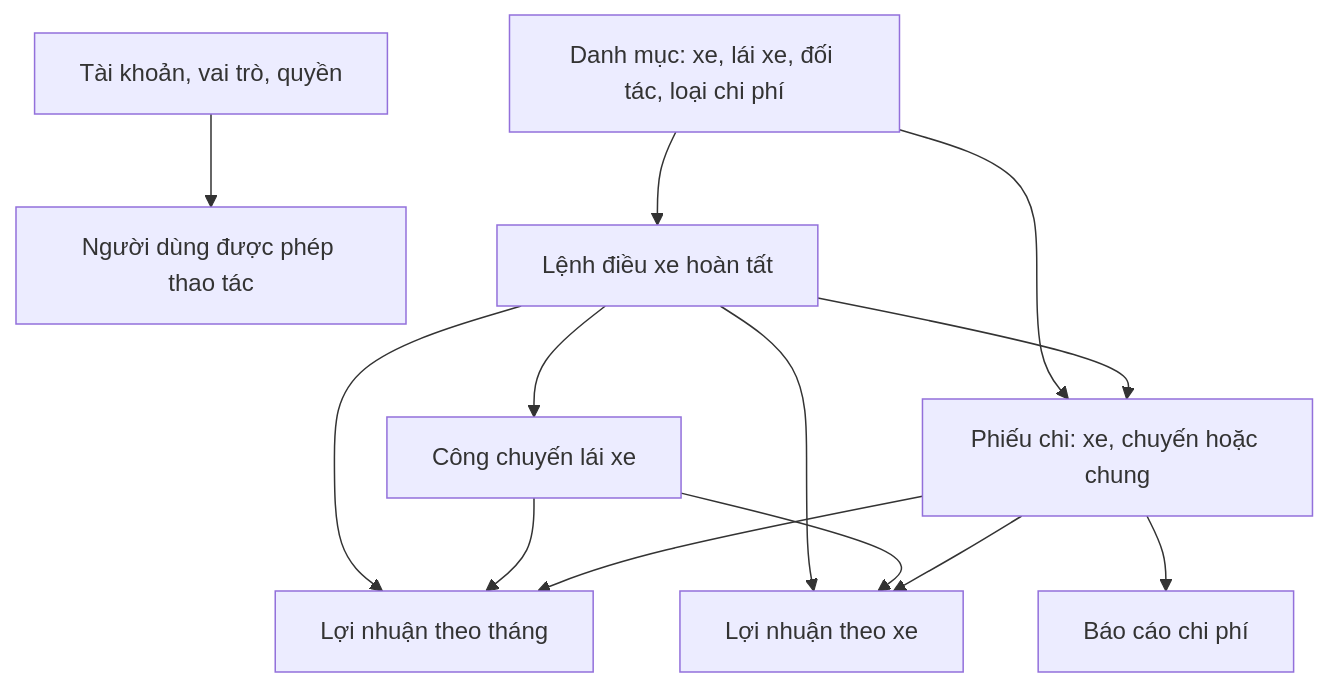
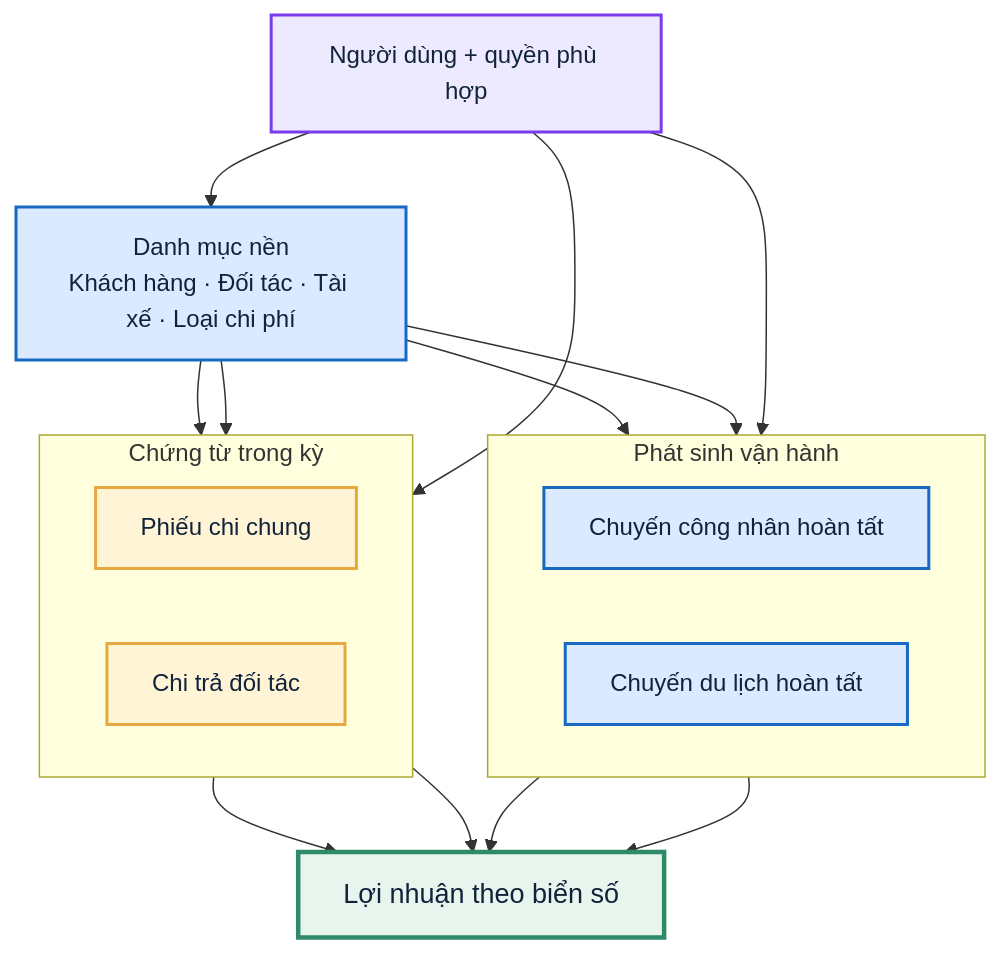
Before and after one commit to hieu92264/HALINHTRAVEL-API: the diagram in docs/training/nguyen-nhat-quang-so-tay-tu-hoc.md, drawn with Mermaid. The commit also changed other lines of this file and 27 other files, not shown here.

First line of the commit message:
Add Vehicle API tests and update schema assertions

````diff
--- a/docs/training/nguyen-nhat-quang-so-tay-tu-hoc.md
+++ b/docs/training/nguyen-nhat-quang-so-tay-tu-hoc.md
@@ -28,15 +9,40 @@
 ```mermaid
-flowchart TD
-    A[Tài khoản, vai trò, quyền] --> B[Người dùng được phép thao tác]
-    C[Danh mục: xe, lái xe, đối tác, loại chi phí] --> D[Lệnh điều xe hoàn tất]
-    D --> E[Công chuyến lái xe]
-    C --> F[Phiếu chi: xe, chuyến hoặc chung]
-    D --> F
-    F --> G[Báo cáo chi phí]
-    D --> H[Lợi nhuận theo tháng]
-    E --> H
-    F --> H
-    D --> I[Lợi nhuận theo xe]
-    E --> I
-    F --> I
+flowchart TB
+  P[Người dùng + quyền phù hợp]
+  A[Danh mục nền<br/>Khách hàng · Đối tác · Tài xế · Loại chi phí]
+
+  subgraph VH[Phát sinh vận hành]
+    direction LR
+    B1[Chuyến công nhân hoàn tất]
+    B2[Chuyến du lịch hoàn tất]
+  end
+
+  subgraph CT[Chứng từ trong kỳ]
+    direction LR
+    C[Phiếu chi chung]
+    D[Chi trả đối tác]
+  end
+
+  E[Lợi nhuận theo biển số]
+
+  P --> A
+  P --> VH
+  P --> CT
+  A --> B1
+  A --> B2
+  A --> C
+  A --> D
+  B1 --> E
+  B2 --> E
+  C --> E
+  D --> E
+
+  classDef access fill:#EDE9FE,stroke:#7C3AED,color:#10233B,stroke-width:2px,font-size:16px;
+  classDef source fill:#DBEAFE,stroke:#1769C2,color:#10233B,stroke-width:2px,font-size:16px;
+  classDef document fill:#FFF4D6,stroke:#E6A93D,color:#10233B,stroke-width:2px,font-size:16px;
+  classDef result fill:#E8F5EE,stroke:#2F8A68,color:#10233B,stroke-width:3px,font-size:18px;
+  class P access;
+  class A,B1,B2 source;
+  class C,D document;
+  class E result;
 ```
````
